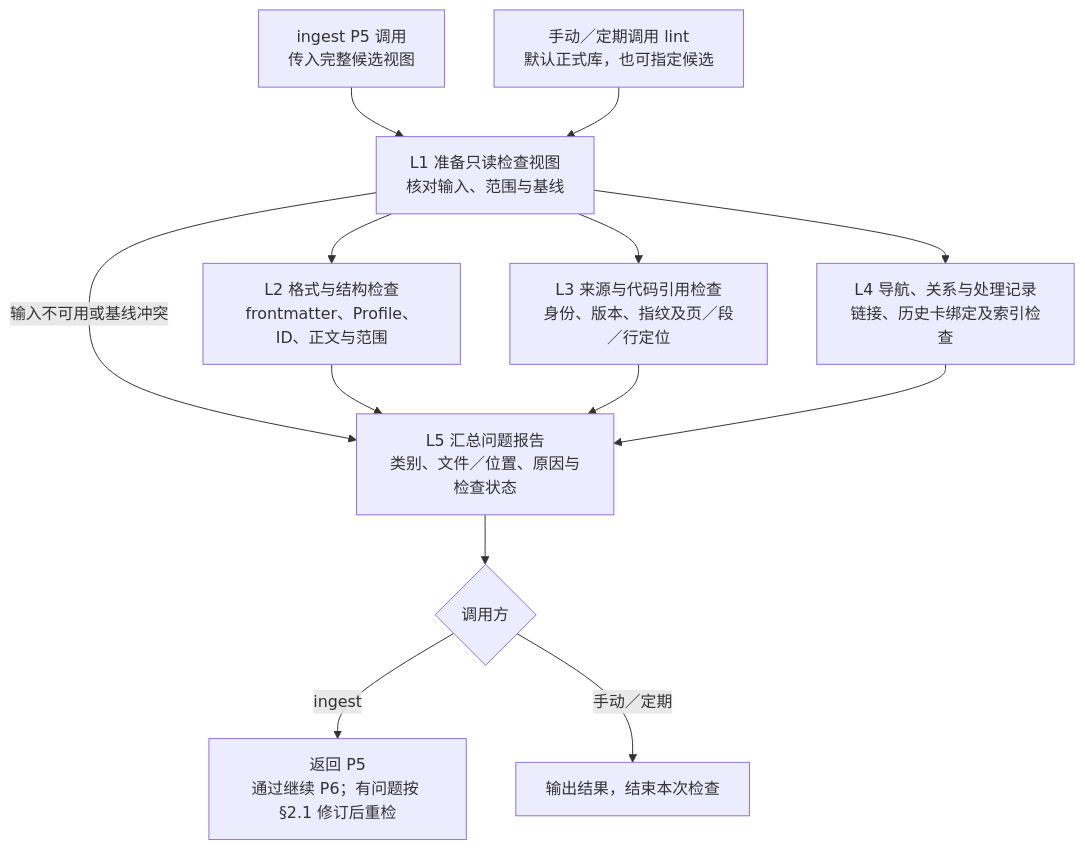
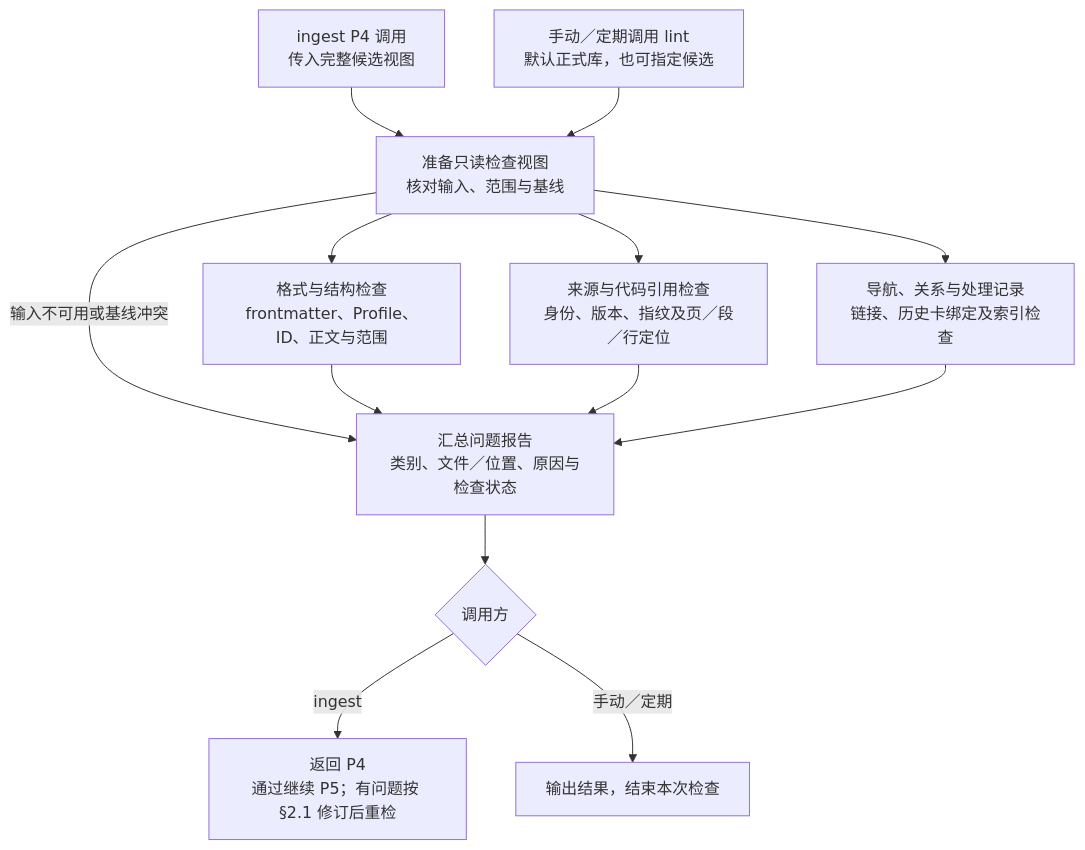
Before and after one commit to Robin-hhc/FactumCore: the seventh of 27 diagrams in himate/himate-knowledge-wifi-mp/docs-llm-wiki/知识库详细设计.md, drawn with Mermaid. The commit also changed other lines of this file and 190 other files, not shown here.

````diff
--- a/himate/himate-knowledge-wifi-mp/docs-llm-wiki/知识库详细设计.md
+++ b/himate/himate-knowledge-wifi-mp/docs-llm-wiki/知识库详细设计.md
@@ -313,13 +314,13 @@
 ```mermaid
 flowchart TD
-    P5["ingest P5 调用<br/>传入完整候选视图"] --> L1["L1 准备只读检查视图<br/>核对输入、范围与基线"]
-    MANUAL["手动／定期调用 lint<br/>默认正式库，也可指定候选"] --> L1
-    L1 --> L2["L2 格式与结构检查<br/>frontmatter、Profile、ID、正文与范围"]
-    L1 --> L3["L3 来源与代码引用检查<br/>身份、版本、指纹及页／段／行定位"]
-    L1 --> L4["L4 导航、关系与处理记录<br/>链接、历史卡绑定及索引检查"]
-    L1 -->|"输入不可用或基线冲突"| L5
-    L2 & L3 & L4 --> L5["L5 汇总问题报告<br/>类别、文件／位置、原因与检查状态"]
-    L5 --> CALLER{"调用方"}
-    CALLER -->|"ingest"| BACK["返回 P5<br/>通过继续 P6；有问题按 §2.1 修订后重检"]
+    P4["ingest P4 调用<br/>传入完整候选视图"] --> CHECK_VIEW["准备只读检查视图<br/>核对输入、范围与基线"]
+    MANUAL["手动／定期调用 lint<br/>默认正式库，也可指定候选"] --> CHECK_VIEW
+    CHECK_VIEW --> CHECK_FORMAT["格式与结构检查<br/>frontmatter、Profile、ID、正文与范围"]
+    CHECK_VIEW --> CHECK_SOURCE["来源与代码引用检查<br/>身份、版本、指纹及页／段／行定位"]
+    CHECK_VIEW --> CHECK_RELATIONS["导航、关系与处理记录<br/>链接、历史卡绑定及索引检查"]
+    CHECK_VIEW -->|"输入不可用或基线冲突"| CHECK_REPORT
+    CHECK_FORMAT & CHECK_SOURCE & CHECK_RELATIONS --> CHECK_REPORT["汇总问题报告<br/>类别、文件／位置、原因与检查状态"]
+    CHECK_REPORT --> CALLER{"调用方"}
+    CALLER -->|"ingest"| BACK["返回 P4<br/>通过继续 P5；有问题按 §2.1 修订后重检"]
     CALLER -->|"手动／定期"| REPORT["输出结果，结束本次检查"]
 ```
````
